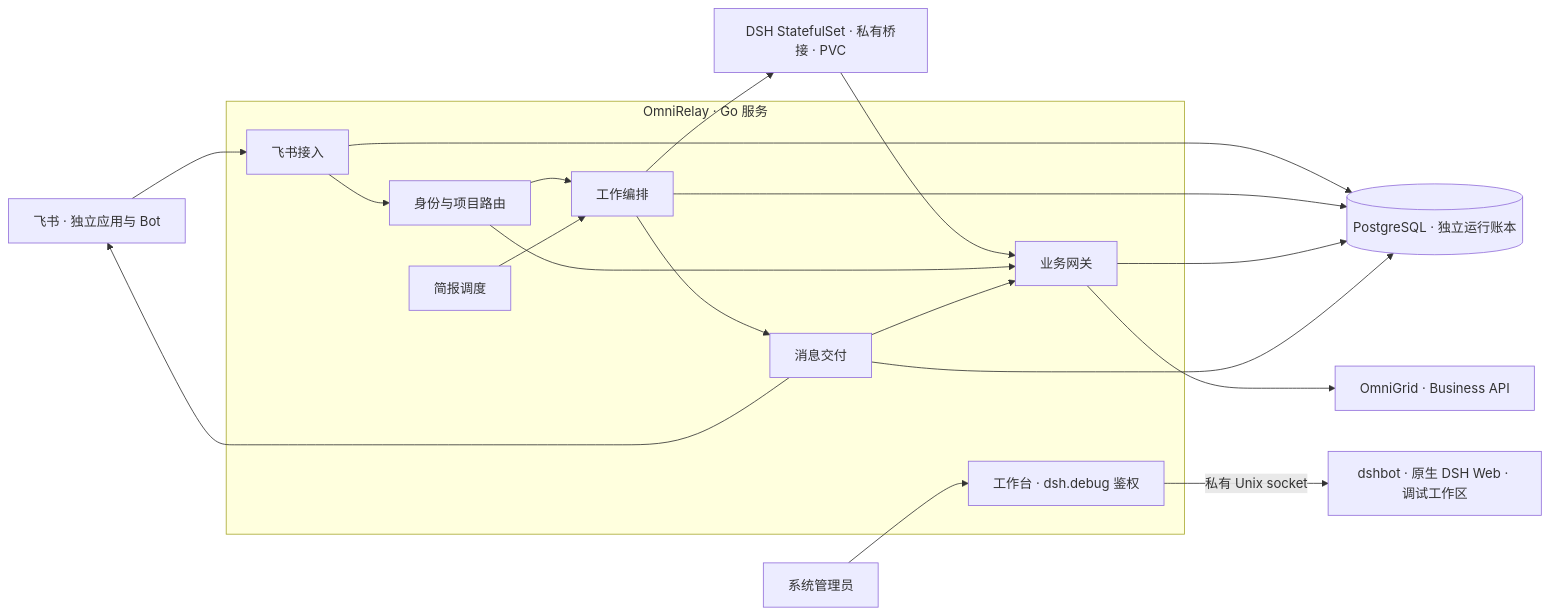
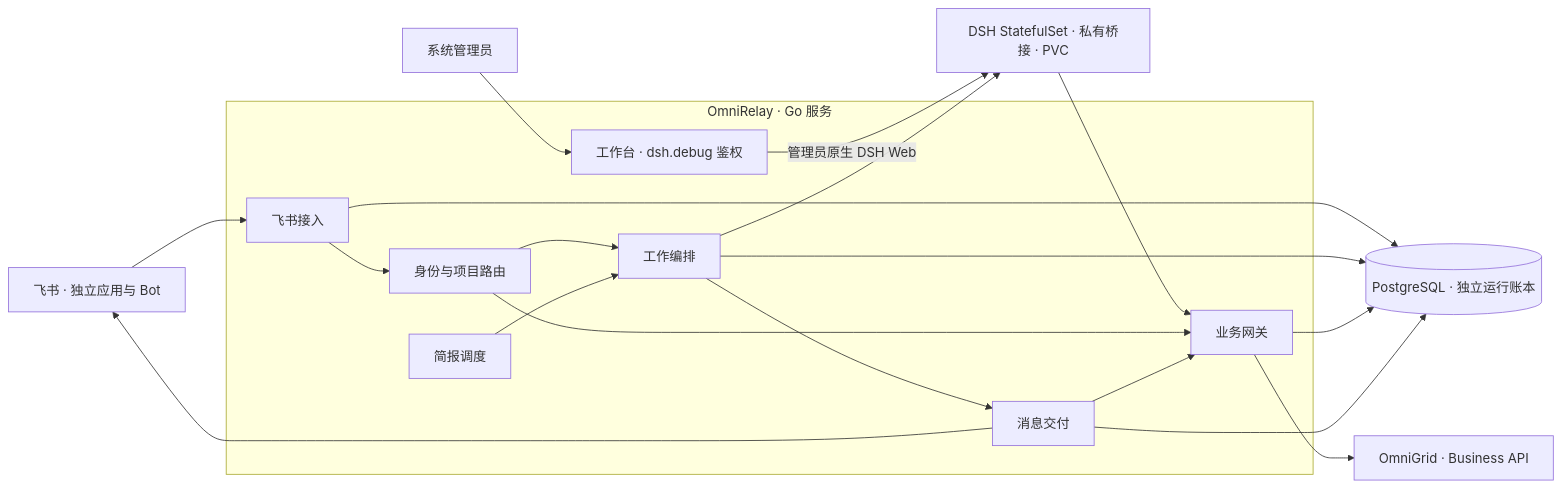
Before and after one commit to uniquechao/OmniRelay: the diagram in design/specs/omni-relay-module-design.md, drawn with Mermaid. The commit also changed other lines of this file and 12 other files, not shown here.

````diff
--- a/design/specs/omni-relay-module-design.md
+++ b/design/specs/omni-relay-module-design.md
@@ -36,32 +36,32 @@
 ```mermaid
 flowchart LR
     Feishu["飞书 · 独立应用与 Bot"]
     subgraph Go["OmniRelay · Go 服务"]
         Ingress["飞书接入"]
         Routing["身份与项目路由"]
         Control["工作编排"]
         Schedule["简报调度"]
         Gate["业务网关"]
         DebugEntry["工作台 · dsh.debug 鉴权"]
         Delivery["消息交付"]
         Ingress --> Routing --> Control
         Schedule --> Control
         Control --> Delivery
     end
     Store[("PostgreSQL · 独立运行账本")]
     DSH["DSH StatefulSet · 私有桥接 · PVC"]
     Admin["系统管理员"] --> DebugEntry
-    DebugEntry -->|私有 Unix socket| Debug["dshbot · 原生 DSH Web · 调试工作区"]
+    DebugEntry -->|管理员原生 DSH Web| DSH
     Grid["OmniGrid · Business API"]
     Feishu --> Ingress
     Ingress --> Store
     Control --> Store
     Gate --> Store
     Delivery --> Store
     Control --> DSH
     DSH --> Gate
     Routing --> Gate
     Delivery --> Gate
     Gate --> Grid
     Delivery --> Feishu
 ```
````
